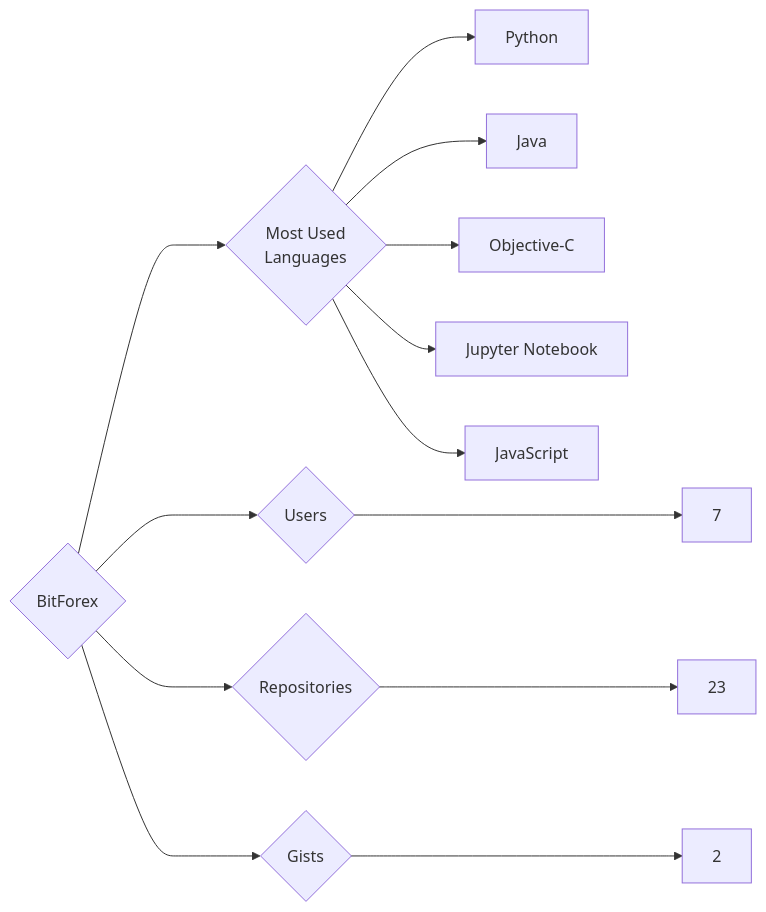
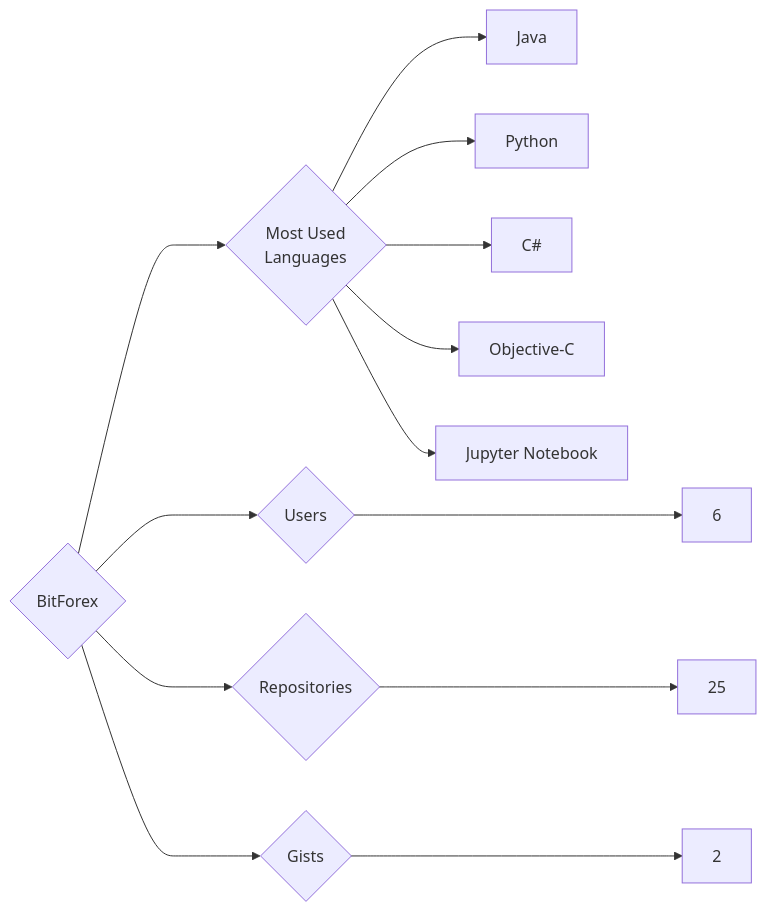
One commit to trickest/insiders changed the diagram in targets/BitForex/README.md. Above: the diagram before and after it, drawn with Mermaid. The commit also changed 1030 other files, not shown here.

````diff
--- a/targets/BitForex/README.md
+++ b/targets/BitForex/README.md
@@ -3,13 +3,13 @@
 ```mermaid
 graph LR
 COMPANY_NAME{BitForex}
-COMPANY_NAME ---> U{Users} ---> UN[7]
-COMPANY_NAME ---> R{Repositories} ---> RN[23]
+COMPANY_NAME ---> U{Users} ---> UN[6]
+COMPANY_NAME ---> R{Repositories} ---> RN[25]
 COMPANY_NAME ---> G{Gists} ---> GN[2]
 COMPANY_NAME ---> ML{Most Used<br>Languages}
+ML --> Java[Java]
 ML --> Python[Python]
-ML --> Java[Java]
+ML --> C#[C#]
 ML --> Objective-C[Objective-C]
 ML --> Jupyter_Notebook[Jupyter Notebook]
-ML --> JavaScript[JavaScript]
 ```
````
